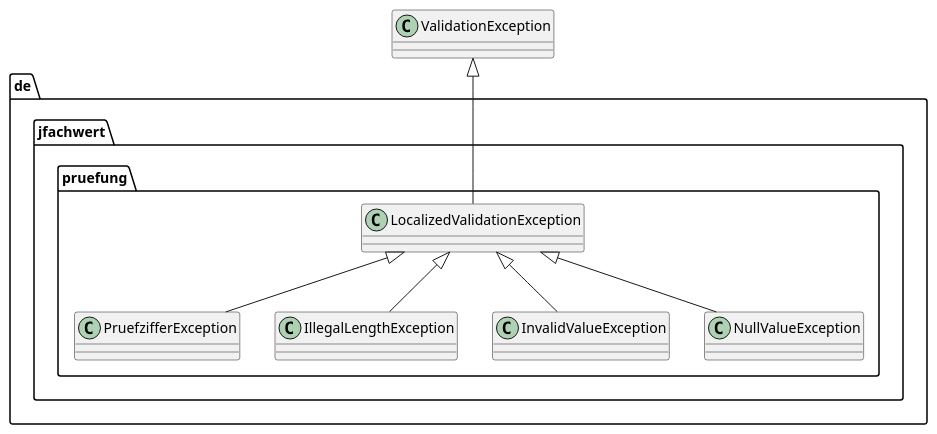
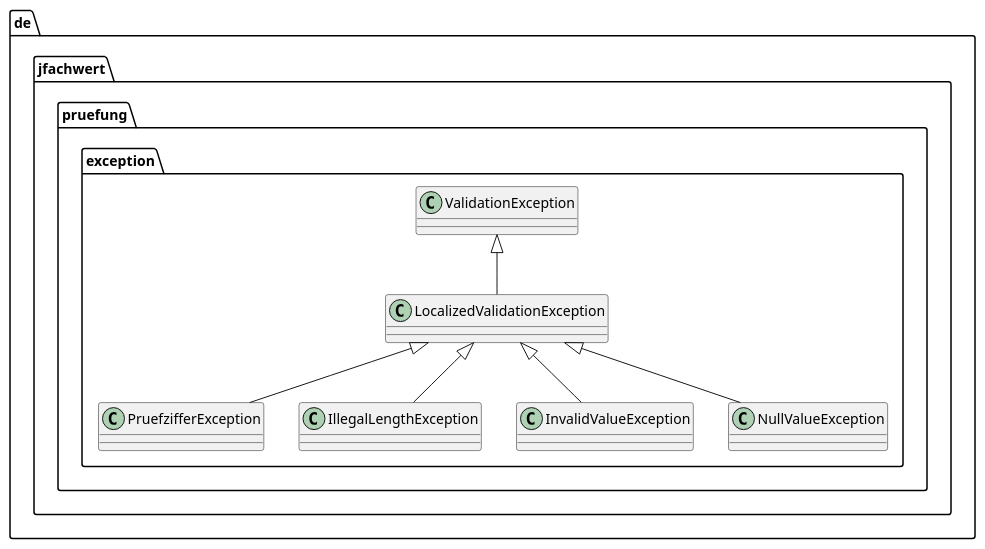
The diagram in src/main/asciidoc/images/exceptions.puml (oboehm/jfachwert), drawn with PlantUML before and after one commit. The commit also changed 2 other files, not shown here.

```diff
--- a/src/main/asciidoc/images/exceptions.puml
+++ b/src/main/asciidoc/images/exceptions.puml
@@ -1,19 +1,20 @@
 @startuml
 
-package de.jfachwert.pruefung {
+package de.jfachwert.pruefung.exception {
 
+    class ValidationException
     class LocalizedValidationException
     class PruefzifferException
     class IllegalLengthException
     class InvalidValueException
     class NullValueException
 
 }
 
 LocalizedValidationException -up-|> ValidationException
 LocalizedValidationException <|-- PruefzifferException
 LocalizedValidationException <|-- IllegalLengthException
 LocalizedValidationException <|-- InvalidValueException
 LocalizedValidationException <|-- NullValueException
 
 @enduml
```
